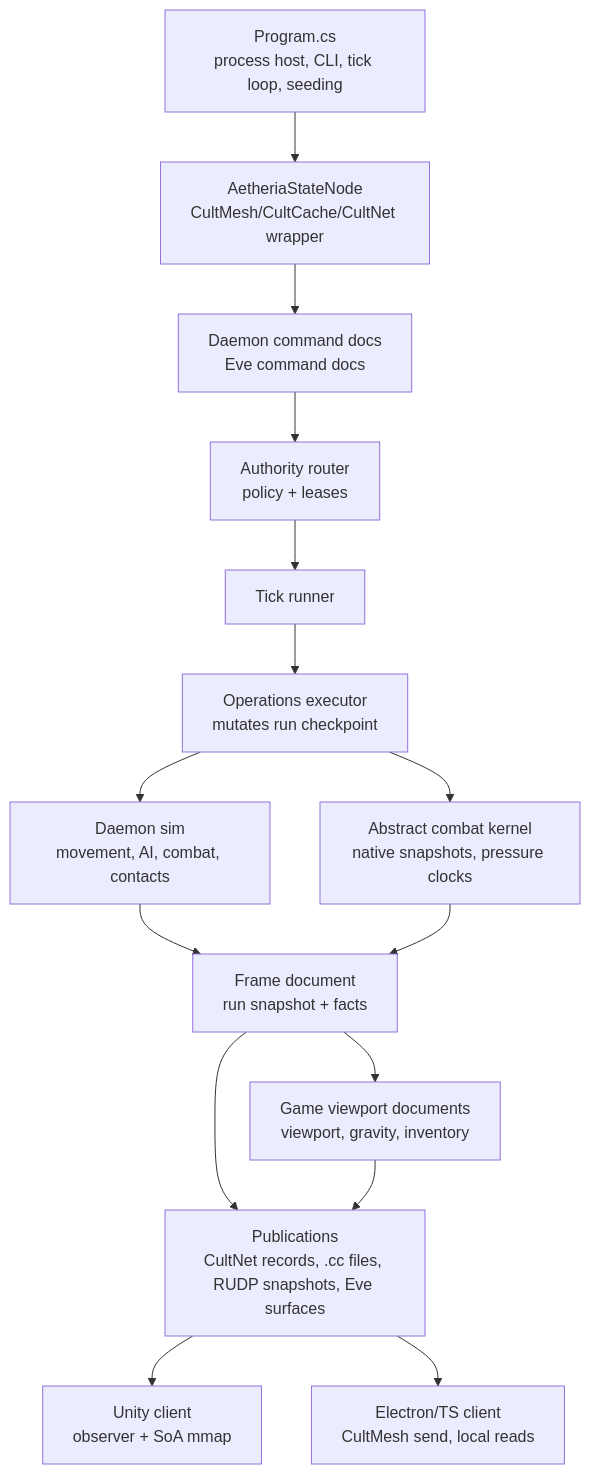
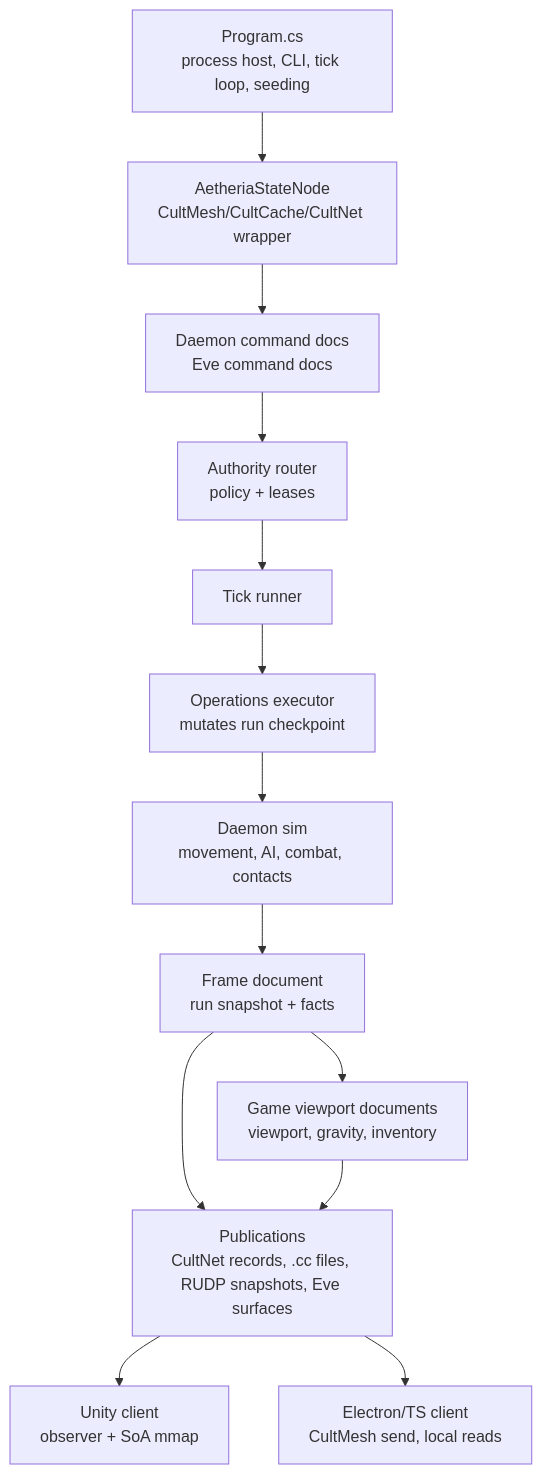
One commit to GameCult/AetheriaEve changed the first of 2 diagrams in Aetheria.State/docs/daemon-code-map-for-rust-port.md. Above: the diagram before and after it, drawn with Mermaid. The commit also changed other lines of this file and 2 other files, not shown here.

Commit message:
Delete abandoned second combat writer

````diff
--- a/Aetheria.State/docs/daemon-code-map-for-rust-port.md
+++ b/Aetheria.State/docs/daemon-code-map-for-rust-port.md
@@ -25,31 +25,28 @@
 ```mermaid
 flowchart TD
     Host["Program.cs\nprocess host, CLI, tick loop, seeding"]
     Node["AetheriaStateNode\nCultMesh/CultCache/CultNet wrapper"]
     Commands["Daemon command docs\nEve command docs"]
     Authority["Authority router\npolicy + leases"]
     Tick["Tick runner"]
     Ops["Operations executor\nmutates run checkpoint"]
     Sim["Daemon sim\nmovement, AI, combat, contacts"]
-    CombatKernel["Abstract combat kernel\nnative snapshots, pressure clocks"]
     Frame["Frame document\nrun snapshot + facts"]
     Projection["Game viewport documents\nviewport, gravity, inventory"]
     Publications["Publications\nCultNet records, .cc files, RUDP snapshots, Eve surfaces"]
     Unity["Unity client\nobserver + SoA mmap"]
     TS["Electron/TS client\nCultMesh send, local reads"]
 
     Host --> Node
     Node --> Commands
     Commands --> Authority
     Authority --> Tick
     Tick --> Ops
     Ops --> Sim
-    Ops --> CombatKernel
     Sim --> Frame
-    CombatKernel --> Frame
     Frame --> Projection
     Frame --> Publications
     Projection --> Publications
     Publications --> Unity
     Publications --> TS
 ```
````
